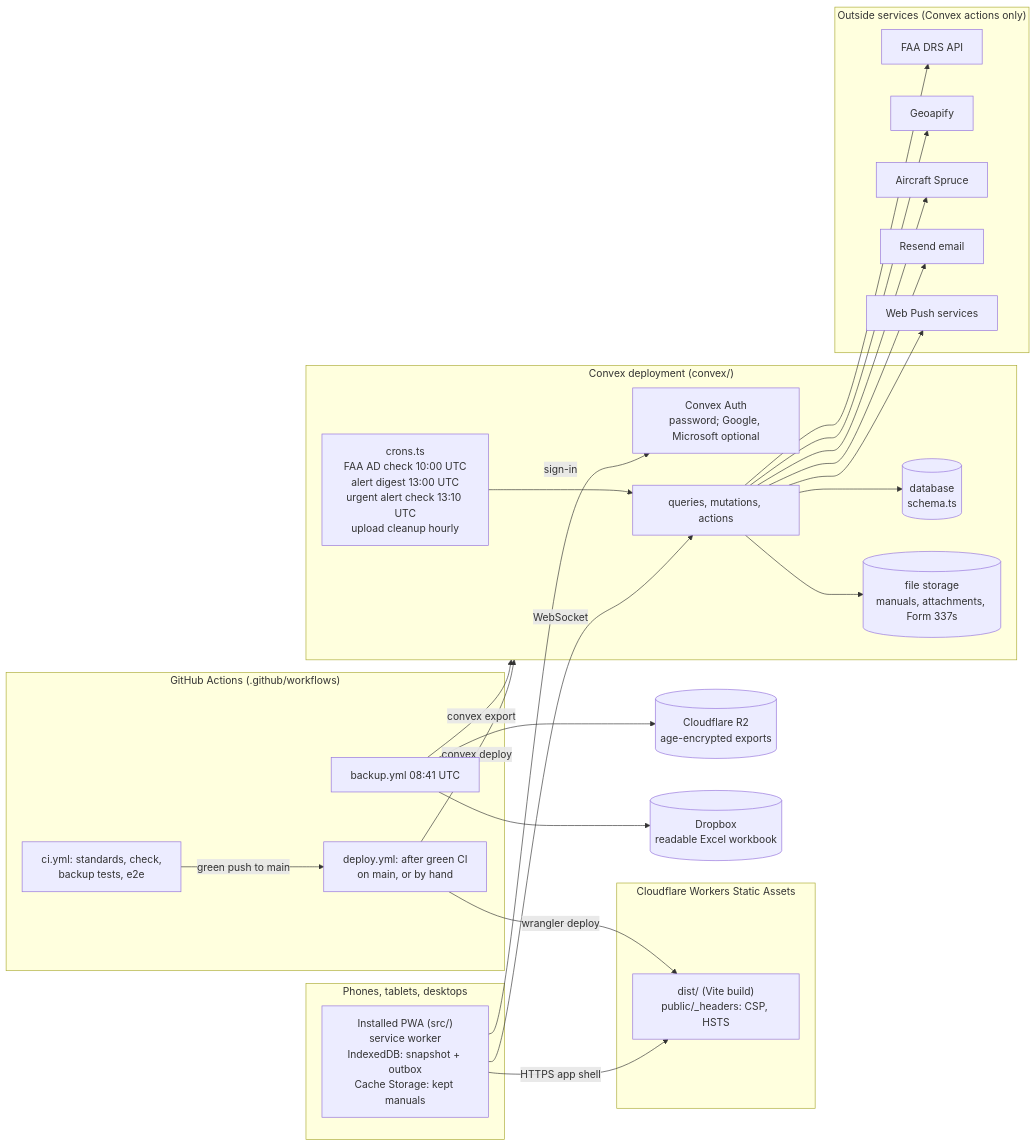
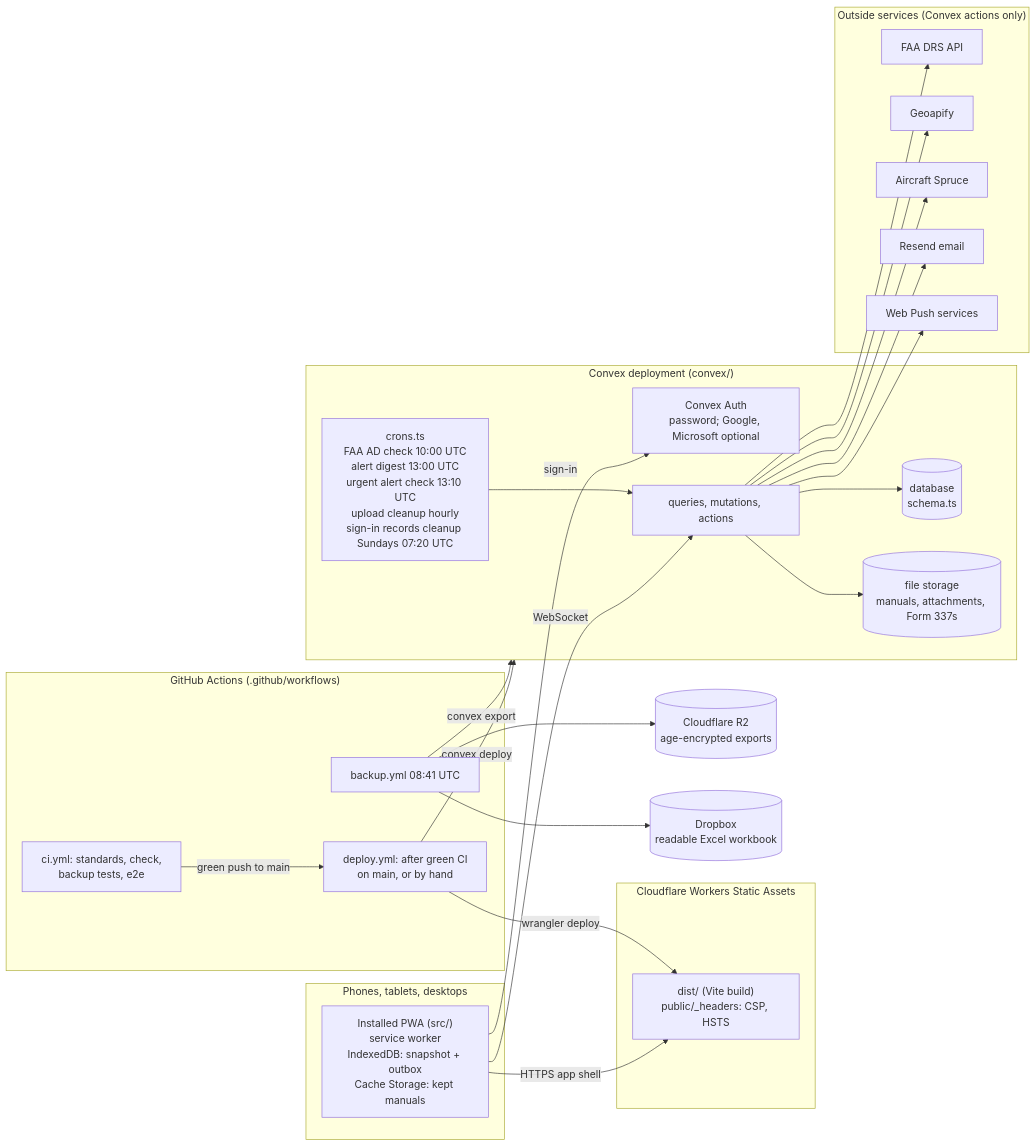
Before and after one commit to angelone-aviation/AO-aircraft-maintenance: the first of 3 diagrams in CONTEXT.md, drawn with Mermaid. The commit also changed 4 other files, not shown here.

First line of the commit message:
Clean up expired sign-in records every week

````diff
--- a/CONTEXT.md
+++ b/CONTEXT.md
@@ -11,48 +11,48 @@
 ```mermaid
 flowchart LR
   subgraph Devices["Phones, tablets, desktops"]
     PWA["Installed PWA (src/)<br/>service worker<br/>IndexedDB: snapshot + outbox<br/>Cache Storage: kept manuals"]
   end
   subgraph CF["Cloudflare Workers Static Assets"]
     Static["dist/ (Vite build)<br/>public/_headers: CSP, HSTS"]
   end
   subgraph Convex["Convex deployment (convex/)"]
     Auth["Convex Auth<br/>password; Google, Microsoft optional"]
     Fns["queries, mutations, actions"]
     DB[("database<br/>schema.ts")]
     Files[("file storage<br/>manuals, attachments, Form 337s")]
-    Crons["crons.ts<br/>FAA AD check 10:00 UTC<br/>alert digest 13:00 UTC<br/>urgent alert check 13:10 UTC<br/>upload cleanup hourly"]
+    Crons["crons.ts<br/>FAA AD check 10:00 UTC<br/>alert digest 13:00 UTC<br/>urgent alert check 13:10 UTC<br/>upload cleanup hourly<br/>sign-in records cleanup Sundays 07:20 UTC"]
   end
   subgraph Ext["Outside services (Convex actions only)"]
     FAA["FAA DRS API"]
     Geo["Geoapify"]
     Spruce["Aircraft Spruce"]
     Resend["Resend email"]
     Push["Web Push services"]
   end
   subgraph GH["GitHub Actions (.github/workflows)"]
     CI["ci.yml: standards, check,<br/>backup tests, e2e"]
     Deploy["deploy.yml: after green CI<br/>on main, or by hand"]
     Nightly["backup.yml 08:41 UTC"]
   end
   R2[("Cloudflare R2<br/>age-encrypted exports")]
   Dropbox[("Dropbox<br/>readable Excel workbook")]
 
   PWA -->|HTTPS app shell| Static
   PWA -->|WebSocket| Fns
   PWA -->|sign-in| Auth
   Fns --> DB
   Fns --> Files
   Crons --> Fns
   Fns --> FAA
   Fns --> Geo
   Fns --> Spruce
   Fns --> Resend
   Fns --> Push
   CI -->|green push to main| Deploy
   Deploy -->|convex deploy| Convex
   Deploy -->|wrangler deploy| Static
   Nightly -->|convex export| Convex
   Nightly --> R2
   Nightly --> Dropbox
 ```
````
